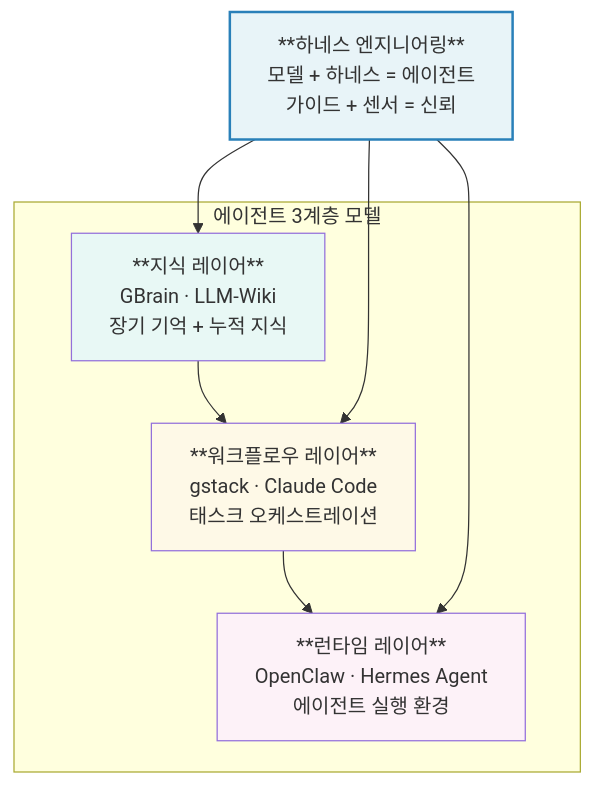
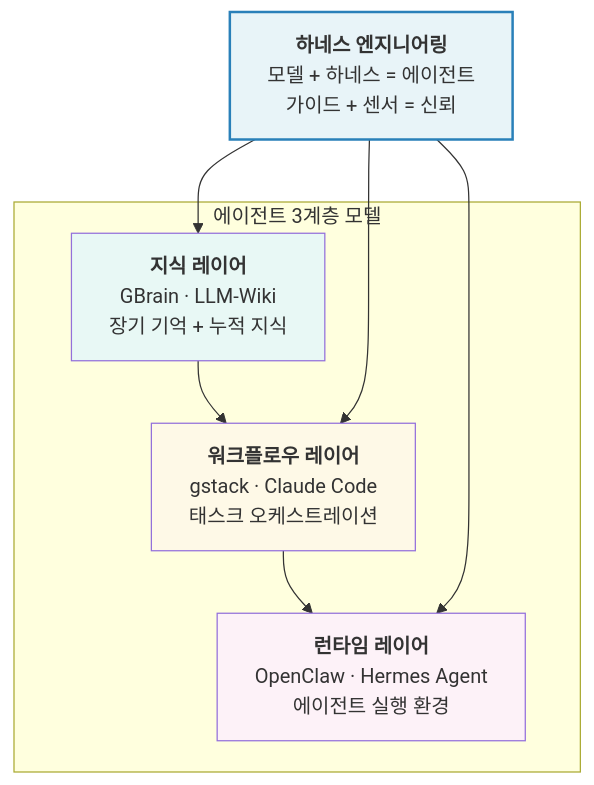
Before and after one commit to k82022603/k82022603.github.io: the seventh of 7 diagrams in _posts/2026-04-16-하네스-엔지니어링-·-llm‐wiki-·-gstack-·-gbrain-·-hermes-agent-·-openclaw.md, drawn with Mermaid. The commit also changed other lines of this file and 12 other files, not shown here.

````diff
--- a/_posts/2026-04-16-하네스-엔지니어링-·-llm‐wiki-·-gstack-·-gbrain-·-hermes-agent-·-openclaw.md
+++ b/_posts/2026-04-16-하네스-엔지니어링-·-llm‐wiki-·-gstack-·-gbrain-·-hermes-agent-·-openclaw.md
@@ -279,21 +279,21 @@
 ```mermaid
 graph TD
     subgraph 3계층["에이전트 3계층 모델"]
-        L1["**런타임 레이어**<br/>OpenClaw · Hermes Agent<br/>에이전트 실행 환경"]
-        L2["**워크플로우 레이어**<br/>gstack · Claude Code<br/>태스크 오케스트레이션"]
-        L3["**지식 레이어**<br/>GBrain · LLM-Wiki<br/>장기 기억 + 누적 지식"]
+        L1["<b>런타임 레이어</b><br/>OpenClaw · Hermes Agent<br/>에이전트 실행 환경"]
+        L2["<b>워크플로우 레이어</b><br/>gstack · Claude Code<br/>태스크 오케스트레이션"]
+        L3["<b>지식 레이어</b><br/>GBrain · LLM-Wiki<br/>장기 기억 + 누적 지식"]
     end
 
     L3 --> L2 --> L1
 
-    M["**하네스 엔지니어링**<br/>모델 + 하네스 = 에이전트<br/>가이드 + 센서 = 신뢰"]
+    M["<b>하네스 엔지니어링</b><br/>모델 + 하네스 = 에이전트<br/>가이드 + 센서 = 신뢰"]
 
     M --> L1
     M --> L2
     M --> L3
 
     style L1 fill:#fdf2f8
     style L2 fill:#fef9e7
     style L3 fill:#e8f8f5
     style M fill:#e8f4f8,stroke:#2980b9,stroke-width:2px
 ```
````
